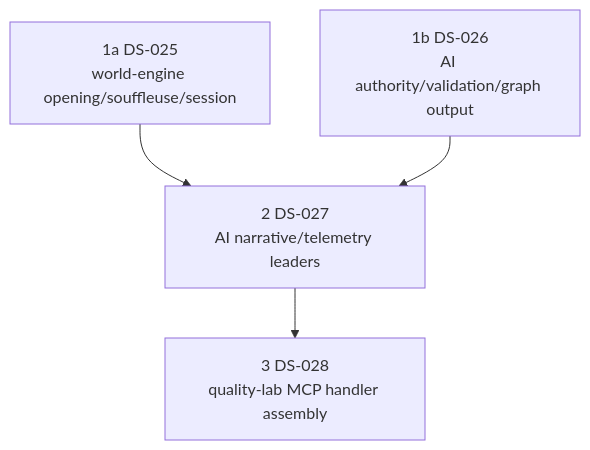
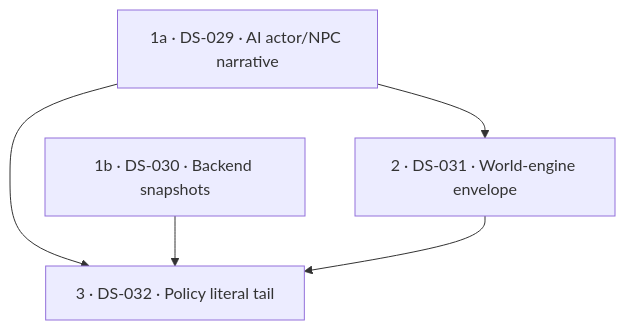
Before and after one commit to Held0fTheWelt/ASHEN-SHELL: the diagram in 'fy'-suites/despaghettify/despaghettification_implementation_input.md, drawn with Mermaid. The commit also changed other lines of this file and 36 other files, not shown here.

````diff
--- a/'fy'-suites/despaghettify/despaghettification_implementation_input.md
+++ b/'fy'-suites/despaghettify/despaghettification_implementation_input.md
@@ -186,6 +190,11 @@
 ```mermaid
 flowchart TD
-    A["1a DS-025<br/>world-engine opening/souffleuse/session"] --> C["2 DS-027<br/>AI narrative/telemetry leaders"]
-    B["1b DS-026<br/>AI authority/validation/graph output"] --> C
-    C --> D["3 DS-028<br/>quality-lab MCP handler assembly"]
+    P1A["1a · DS-029 · AI actor/NPC narrative"]
+    P1B["1b · DS-030 · Backend snapshots"]
+    P2["2 · DS-031 · World-engine envelope"]
+    P3["3 · DS-032 · Policy literal tail"]
+    P1A --> P2
+    P1A --> P3
+    P1B --> P3
+    P2 --> P3
 ```
````
